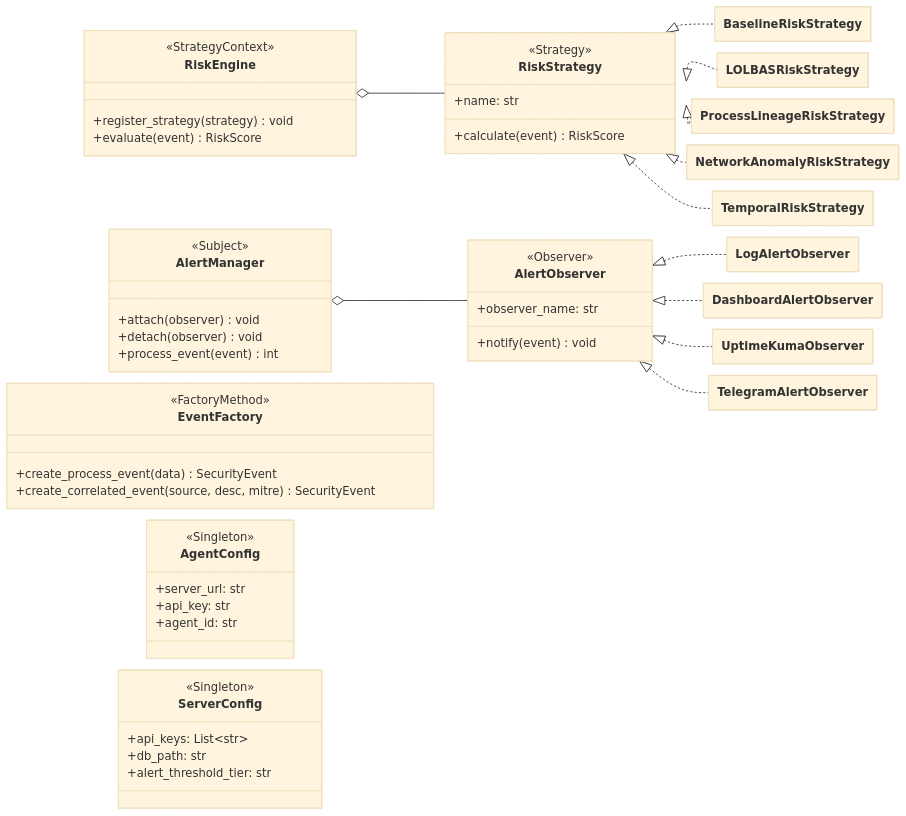
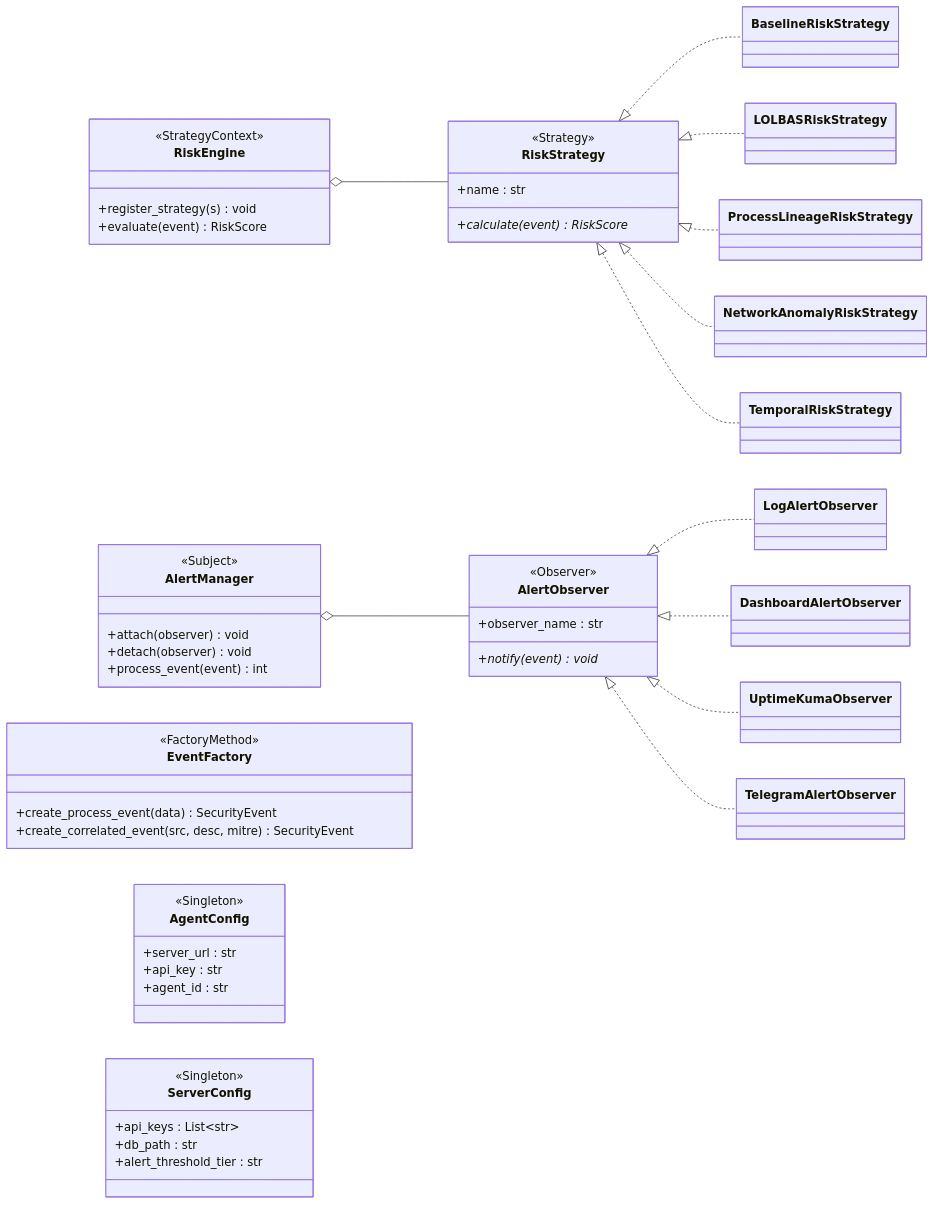
Before and after one commit to kupetsovkn24-lgtm/HIDS: the second of 4 diagrams in uml4.md, drawn with Mermaid. The commit also changed other lines of this file, not shown here.

Commit message:
Update UML diagrams and section titles

````diff
--- a/uml4.md
+++ b/uml4.md
@@ -79,76 +77,75 @@
 ```mermaid
-%%{init: {"theme":"base","flowchart":{"nodeSpacing":16,"rankSpacing":16},"class":{"hideEmptyMembersBox":true}}}%%
 classDiagram
 direction LR
 
 class RiskEngine {
   <<StrategyContext>>
-  +register_strategy(strategy) void
+  +register_strategy(s) void
   +evaluate(event) RiskScore
 }
 
 class RiskStrategy {
   <<Strategy>>
   <<abstract>>
-  +calculate(event) RiskScore
-  +name: str
+  +calculate(event)* RiskScore
+  +name : str
 }
 
 class BaselineRiskStrategy
 class LOLBASRiskStrategy
 class ProcessLineageRiskStrategy
 class NetworkAnomalyRiskStrategy
 class TemporalRiskStrategy
+
+RiskStrategy <|.. BaselineRiskStrategy
+RiskStrategy <|.. LOLBASRiskStrategy
+RiskStrategy <|.. ProcessLineageRiskStrategy
+RiskStrategy <|.. NetworkAnomalyRiskStrategy
+RiskStrategy <|.. TemporalRiskStrategy
+RiskEngine o-- RiskStrategy
 
 class AlertManager {
   <<Subject>>
   +attach(observer) void
   +detach(observer) void
   +process_event(event) int
 }
 
 class AlertObserver {
   <<Observer>>
   <<abstract>>
-  +notify(event) void
-  +observer_name: str
+  +notify(event)* void
+  +observer_name : str
 }
 
 class LogAlertObserver
 class DashboardAlertObserver
 class UptimeKumaObserver
 class TelegramAlertObserver
 
-class EventFactory {
-  <<FactoryMethod>>
-  +create_process_event(data) SecurityEvent
-  +create_correlated_event(source, desc, mitre) SecurityEvent
-}
-
-class AgentConfig {
-  <<Singleton>>
-  +server_url: str
-  +api_key: str
-  +agent_id: str
-}
-
-class ServerConfig {
-  <<Singleton>>
-  +api_keys: List~str~
-  +db_path: str
-  +alert_threshold_tier: str
-}
-
-RiskStrategy <|.. BaselineRiskStrategy
-RiskStrategy <|.. LOLBASRiskStrategy
-RiskStrategy <|.. ProcessLineageRiskStrategy
-RiskStrategy <|.. NetworkAnomalyRiskStrategy
-RiskStrategy <|.. TemporalRiskStrategy
-RiskEngine o-- RiskStrategy
-
 AlertObserver <|.. LogAlertObserver
 AlertObserver <|.. DashboardAlertObserver
 AlertObserver <|.. UptimeKumaObserver
 AlertObserver <|.. TelegramAlertObserver
 AlertManager o-- AlertObserver
+
+class EventFactory {
+  <<FactoryMethod>>
+  +create_process_event(data) SecurityEvent
+  +create_correlated_event(src, desc, mitre) SecurityEvent
+}
+
+class AgentConfig {
+  <<Singleton>>
+  +server_url : str
+  +api_key : str
+  +agent_id : str
+}
+
+class ServerConfig {
+  <<Singleton>>
+  +api_keys : List~str~
+  +db_path : str
+  +alert_threshold_tier : str
+}
 ```
````
